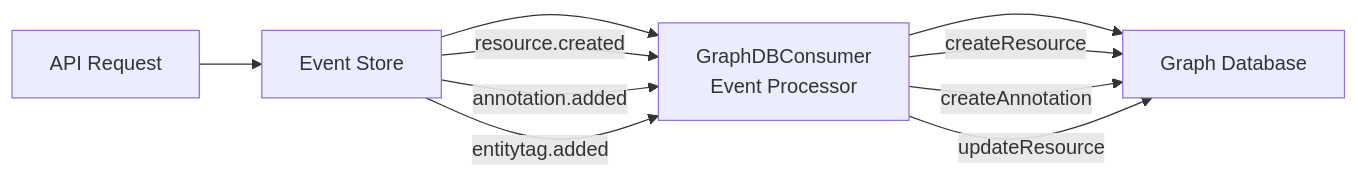
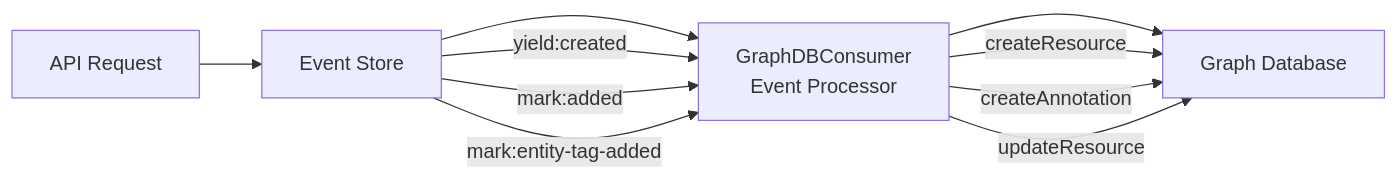
The second of 2 diagrams in packages/graph/docs/ARCHITECTURE.md (The-AI-Alliance/semiont), drawn with Mermaid before and after one commit. The commit also changed 123 other files, not shown here.

````diff
--- a/packages/graph/docs/ARCHITECTURE.md
+++ b/packages/graph/docs/ARCHITECTURE.md
@@ -76,14 +76,14 @@
 ```mermaid
 graph LR
     API[API Request] --> ES[Event Store]
     ES --> GC[GraphDBConsumer<br/>Event Processor]
     GC --> GDB[Graph Database]
 
-    ES -->|resource.created| GC
-    ES -->|annotation.added| GC
-    ES -->|entitytag.added| GC
+    ES -->|yield:created| GC
+    ES -->|mark:added| GC
+    ES -->|mark:entity-tag-added| GC
 
     GC -->|createResource| GDB
     GC -->|createAnnotation| GDB
     GC -->|updateResource| GDB
 ```
````
